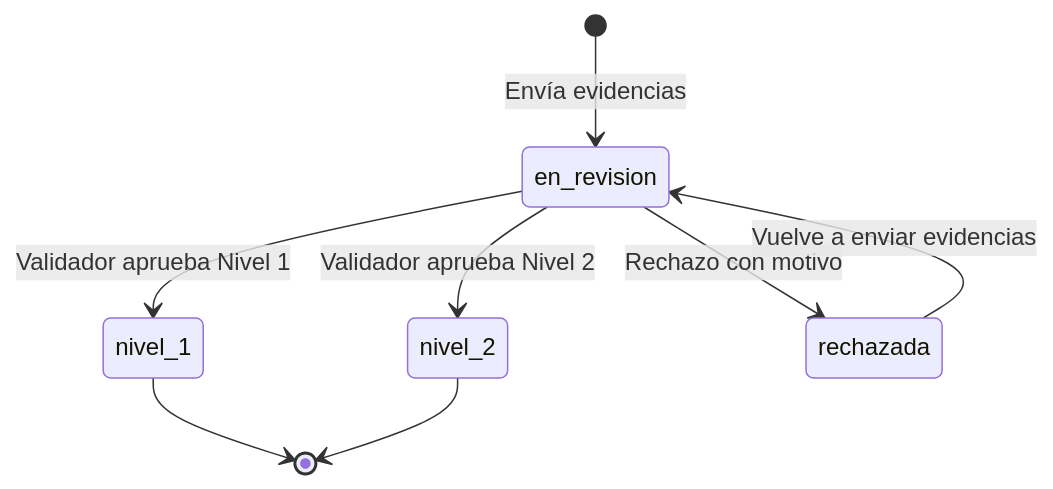
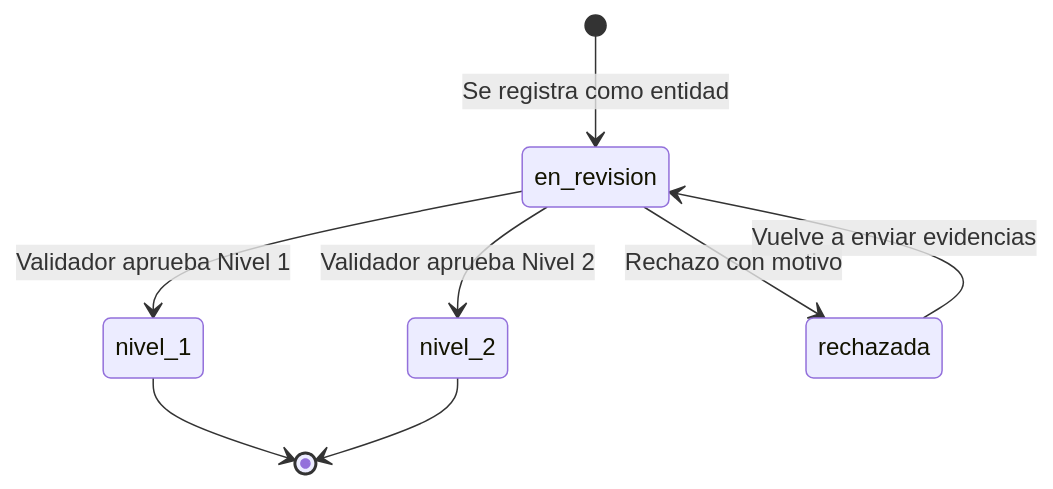
The tenth of 14 diagrams in documentacion/02-planeacion-y-diseno/2.2-uml.md (juliodparada-bit/plataforma-refugios-fauna-domestica-bogota), drawn with Mermaid before and after one commit. The commit also changed other lines of this file and 93 other files, not shown here.

````diff
--- a/documentacion/02-planeacion-y-diseno/2.2-uml.md
+++ b/documentacion/02-planeacion-y-diseno/2.2-uml.md
@@ -402,10 +406,10 @@
 ```mermaid
 stateDiagram-v2
-    [*] --> en_revision : Envía evidencias
+    [*] --> en_revision : Se registra como entidad
     en_revision --> nivel_1 : Validador aprueba Nivel 1
     en_revision --> nivel_2 : Validador aprueba Nivel 2
     en_revision --> rechazada : Rechazo con motivo
     rechazada --> en_revision : Vuelve a enviar evidencias
     nivel_1 --> [*]
     nivel_2 --> [*]
 ```
````
